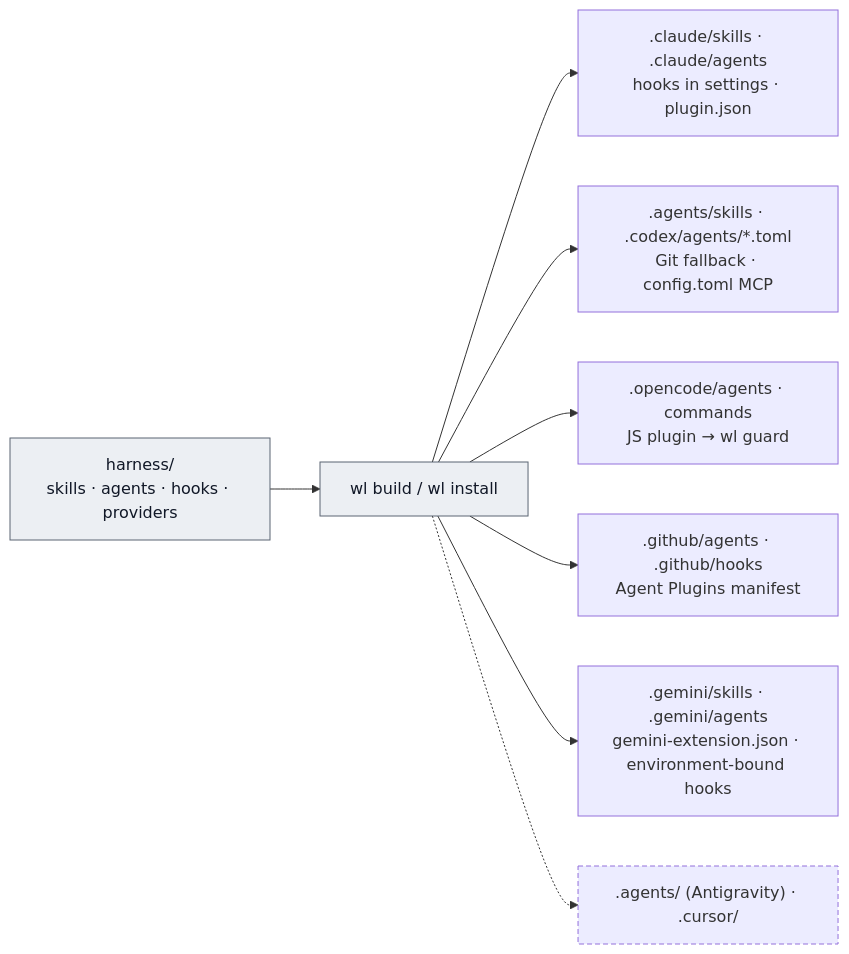
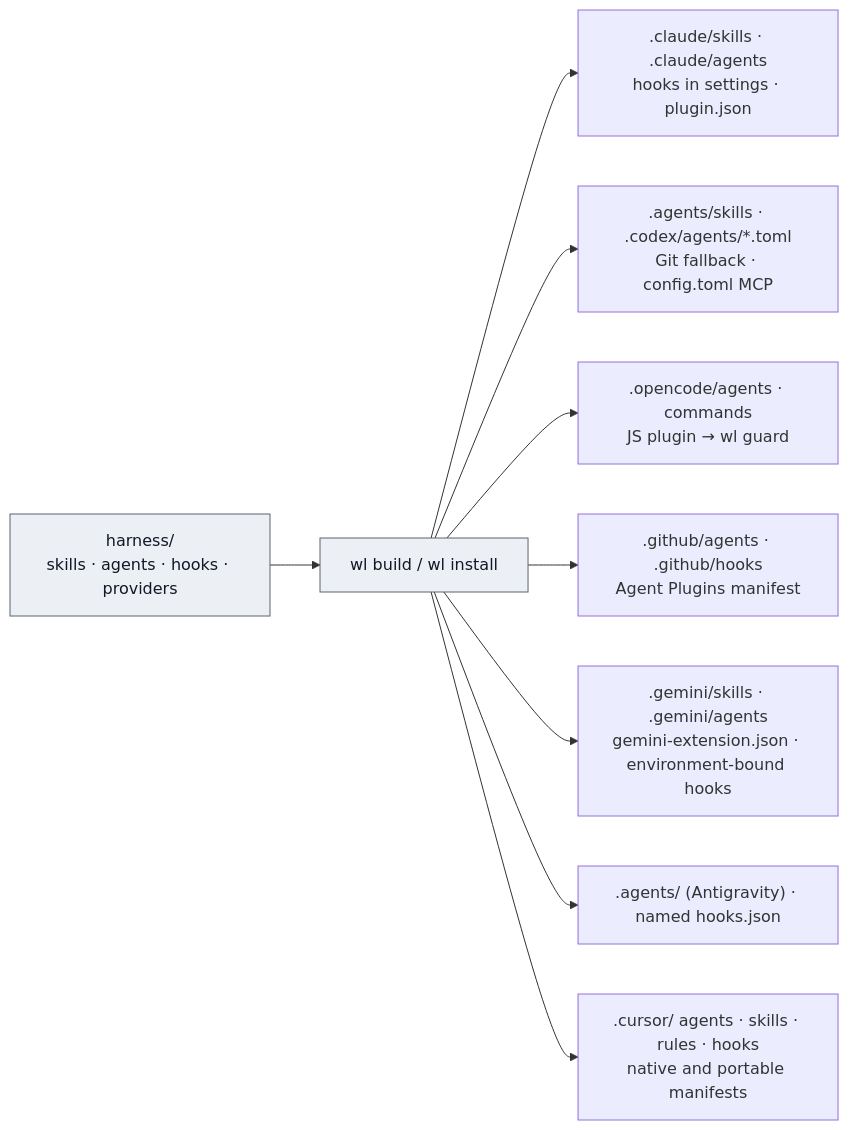
The diagram in docs/platforms/README.md (dreamingechoes/wholeloop), drawn with Mermaid before and after one commit. The commit also changed other lines of this file and 38 other files, not shown here.

````diff
--- a/docs/platforms/README.md
+++ b/docs/platforms/README.md
@@ -45,12 +45,13 @@
 ```mermaid
 flowchart LR
   src["harness/<br/>skills · agents · hooks · providers"]:::core --> gen["wl build / wl install"]:::core
   gen --> c1[".claude/skills · .claude/agents<br/>hooks in settings · plugin.json"]
   gen --> c2[".agents/skills · .codex/agents/*.toml<br/>Git fallback · config.toml MCP"]
   gen --> c3[".opencode/agents · commands<br/>JS plugin → wl guard"]
   gen --> c4[".github/agents · .github/hooks<br/>Agent Plugins manifest"]
   gen --> c5[".gemini/skills · .gemini/agents<br/>gemini-extension.json · environment-bound hooks"]
-  gen -.-> c6[".agents/ (Antigravity) · .cursor/"]:::opt
+  gen --> c6[".agents/ (Antigravity) · named hooks.json"]
+  gen --> c7[".cursor/ agents · skills · rules · hooks<br/>native and portable manifests"]
   classDef core fill:#eceff3,stroke:#5b6573,color:#111827;
   classDef opt stroke-dasharray:5 3;
 ```
````
